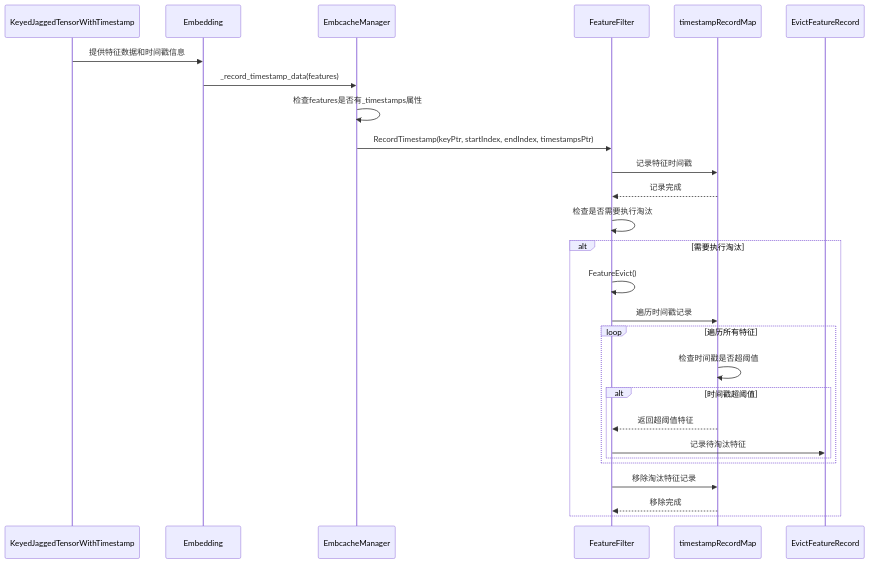
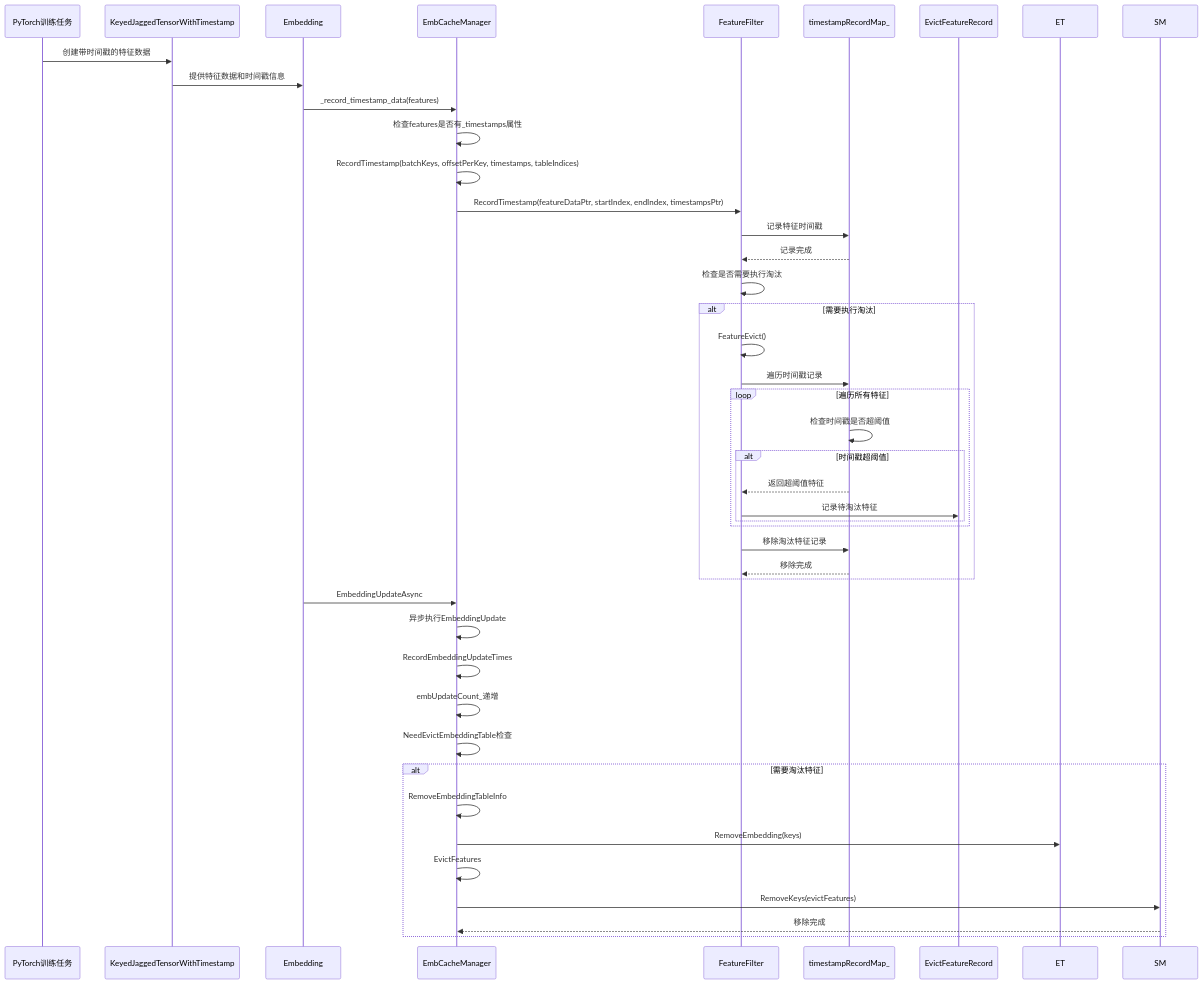
Before and after one commit to SimmerChan/RecSDK: the fifth of 6 diagrams in feature_filter_complete_design.md, drawn with Mermaid. The commit also changed other lines of this file, not shown here.

````diff
--- a/feature_filter_complete_design.md
+++ b/feature_filter_complete_design.md
@@ -279,30 +323,46 @@
 ```mermaid
 sequenceDiagram
+    participant Train as PyTorch训练任务
     participant KJT as KeyedJaggedTensorWithTimestamp
     participant E as Embedding
-    participant EM as EmbcacheManager
+    participant EM as EmbCacheManager
     participant FF as FeatureFilter
-    participant TRM as timestampRecordMap
+    participant TRM as timestampRecordMap_
     participant EFR as EvictFeatureRecord
     
+    Train->>KJT: 创建带时间戳的特征数据
     KJT->>E: 提供特征数据和时间戳信息
     E->>EM: _record_timestamp_data(features)
     EM->>EM: 检查features是否有_timestamps属性
-    EM->>FF: RecordTimestamp(keyPtr, startIndex, endIndex, timestampsPtr)
+    EM->>EM: RecordTimestamp(batchKeys, offsetPerKey, timestamps, tableIndices)
+    EM->>FF: RecordTimestamp(featureDataPtr, startIndex, endIndex, timestampsPtr)
     FF->>TRM: 记录特征时间戳
     TRM-->>FF: 记录完成
     FF->>FF: 检查是否需要执行淘汰
     alt 需要执行淘汰
         FF->>FF: FeatureEvict()
         FF->>TRM: 遍历时间戳记录
         loop 遍历所有特征
             TRM->>TRM: 检查时间戳是否超阈值
             alt 时间戳超阈值
                 TRM-->>FF: 返回超阈值特征
                 FF->>EFR: 记录待淘汰特征
             end
         end
         FF->>TRM: 移除淘汰特征记录
         TRM-->>FF: 移除完成
     end
+    
+    E->>EM: EmbeddingUpdateAsync
+    EM->>EM: 异步执行EmbeddingUpdate
+    EM->>EM: RecordEmbeddingUpdateTimes
+    EM->>EM: embUpdateCount_递增
+    EM->>EM: NeedEvictEmbeddingTable检查
+    alt 需要淘汰特征
+        EM->>EM: RemoveEmbeddingTableInfo
+        EM->>ET: RemoveEmbedding(keys)
+        EM->>EM: EvictFeatures
+        EM->>SM: RemoveKeys(evictFeatures)
+        SM-->>EM: 移除完成
+    end
 ```
````
